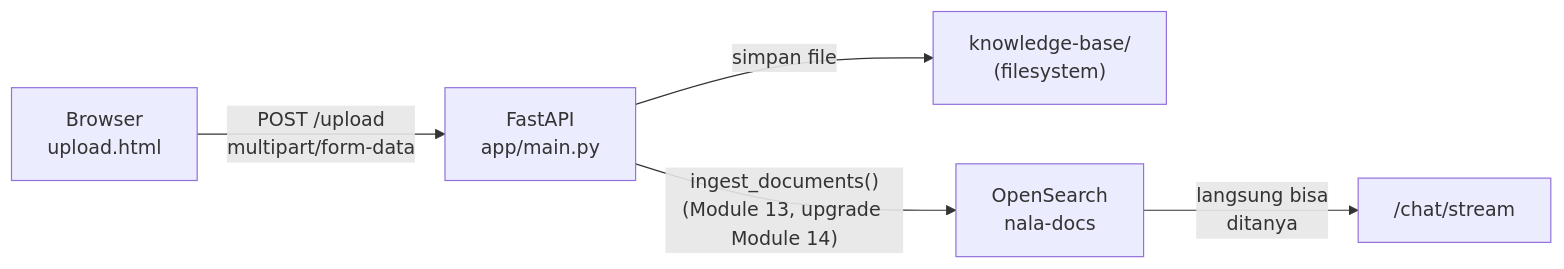
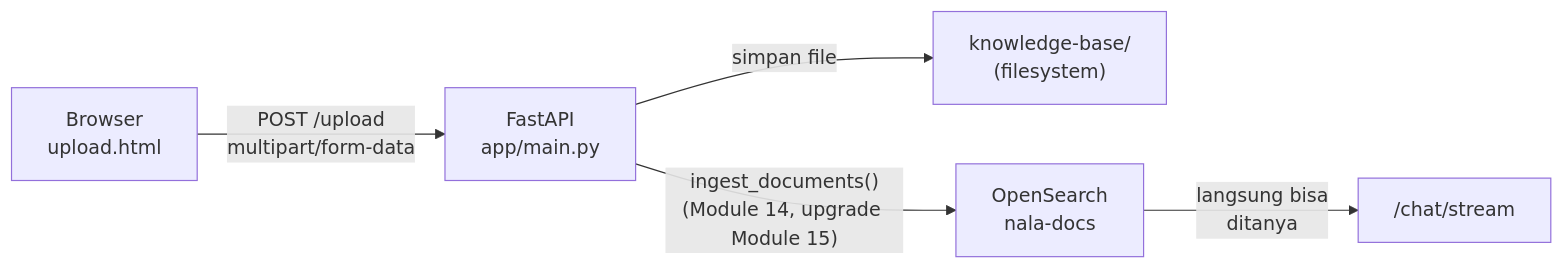
The second of 2 diagrams in Module-16-Upload-Dokumen/materi.md (githubna-ilham/nala_ai), drawn with Mermaid before and after one commit. The commit also changed other lines of this file and 2 other files, not shown here.

Commit message:
Module 15-17 (dulu 14-16): perbaiki H1 title dan semua cross-reference nomor modul setelah pemisahan Module 12/13

````diff
--- a/Module-16-Upload-Dokumen/materi.md
+++ b/Module-16-Upload-Dokumen/materi.md
@@ -39,7 +39,7 @@
 ```mermaid
 flowchart LR
     A["Browser<br/>upload.html"] -->|"POST /upload<br/>multipart/form-data"| B["FastAPI<br/>app/main.py"]
     B -->|"simpan file"| C["knowledge-base/<br/>(filesystem)"]
-    B -->|"ingest_documents()<br/>(Module 13, upgrade Module 14)"| D["OpenSearch<br/>nala-docs"]
+    B -->|"ingest_documents()<br/>(Module 14, upgrade Module 15)"| D["OpenSearch<br/>nala-docs"]
     D -->|"langsung bisa<br/>ditanya"| E["/chat/stream"]
 ```
````
